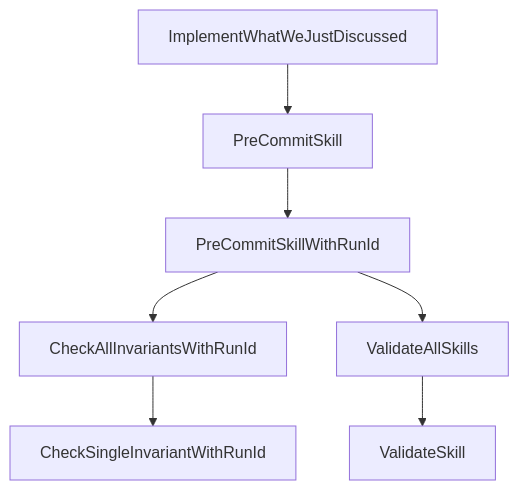
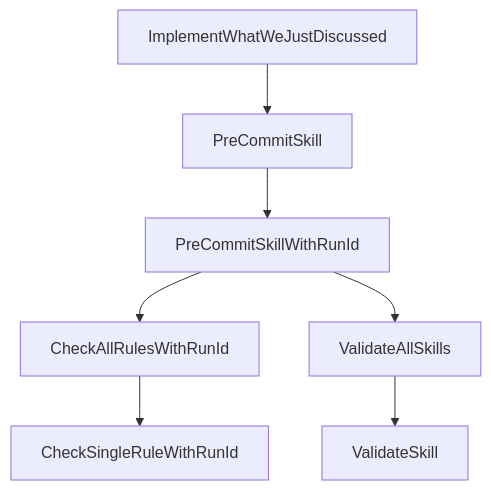
Before and after one commit to dkorolev/theloop: the diagram in .ai/VIZ.md, drawn with Mermaid. The commit also changed other lines of this file and 33 other files, not shown here.

First line of the commit message:
Replace markdown invariants with YAML directory rules.

````diff
--- a/.ai/VIZ.md
+++ b/.ai/VIZ.md
@@ -32,9 +32,9 @@
 ```mermaid
 graph TD
     ImplementWhatWeJustDiscussed["ImplementWhatWeJustDiscussed"] --> PreCommitSkill["PreCommitSkill"]
     PreCommitSkill --> PreCommitSkillWithRunId["PreCommitSkillWithRunId"]
-    PreCommitSkillWithRunId --> CheckAllInvariantsWithRunId["CheckAllInvariantsWithRunId"]
+    PreCommitSkillWithRunId --> CheckAllRulesWithRunId["CheckAllRulesWithRunId"]
     PreCommitSkillWithRunId --> ValidateAllSkills["ValidateAllSkills"]
-    CheckAllInvariantsWithRunId --> CheckSingleInvariantWithRunId["CheckSingleInvariantWithRunId"]
+    CheckAllRulesWithRunId --> CheckSingleRuleWithRunId["CheckSingleRuleWithRunId"]
     ValidateAllSkills --> ValidateSkill["ValidateSkill"]
 ```
````
